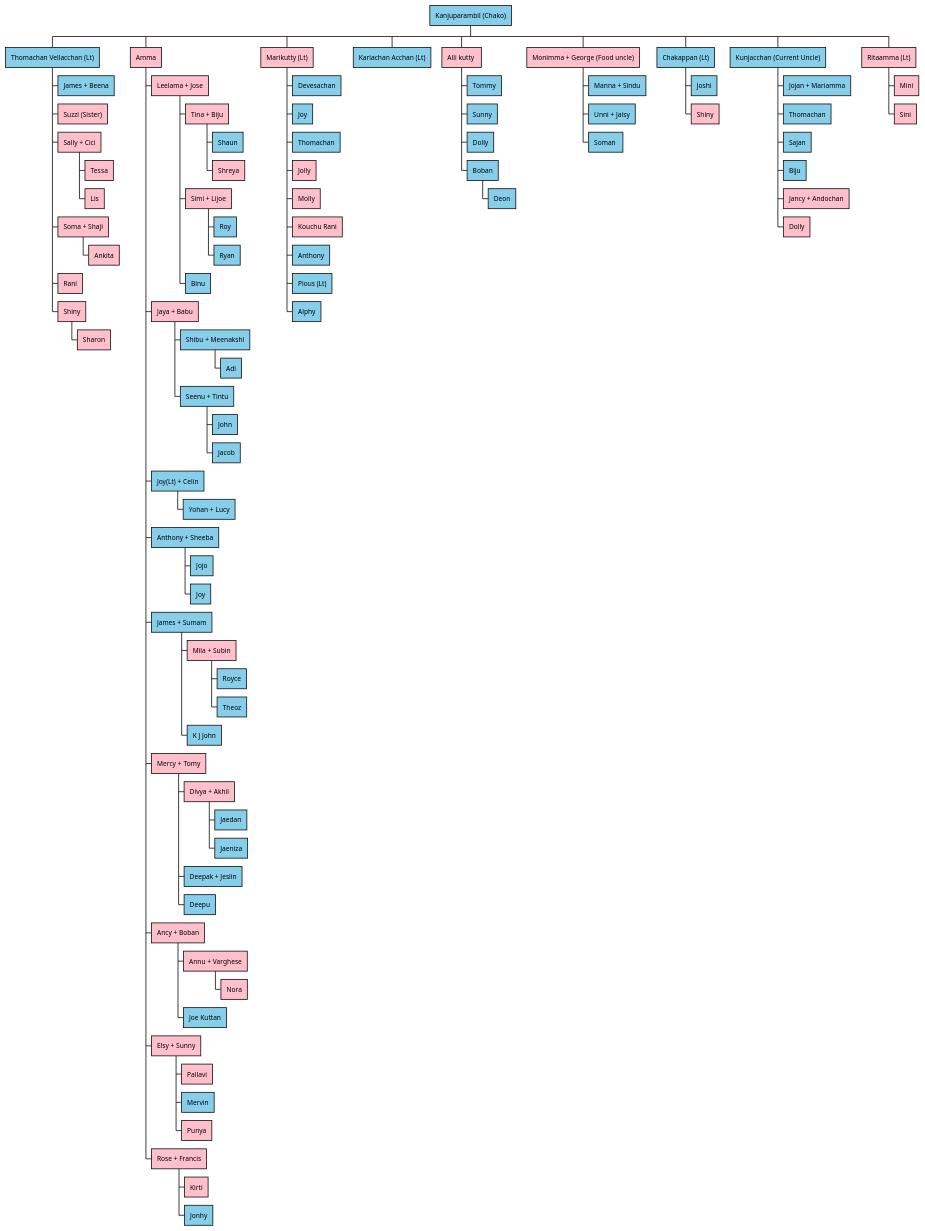
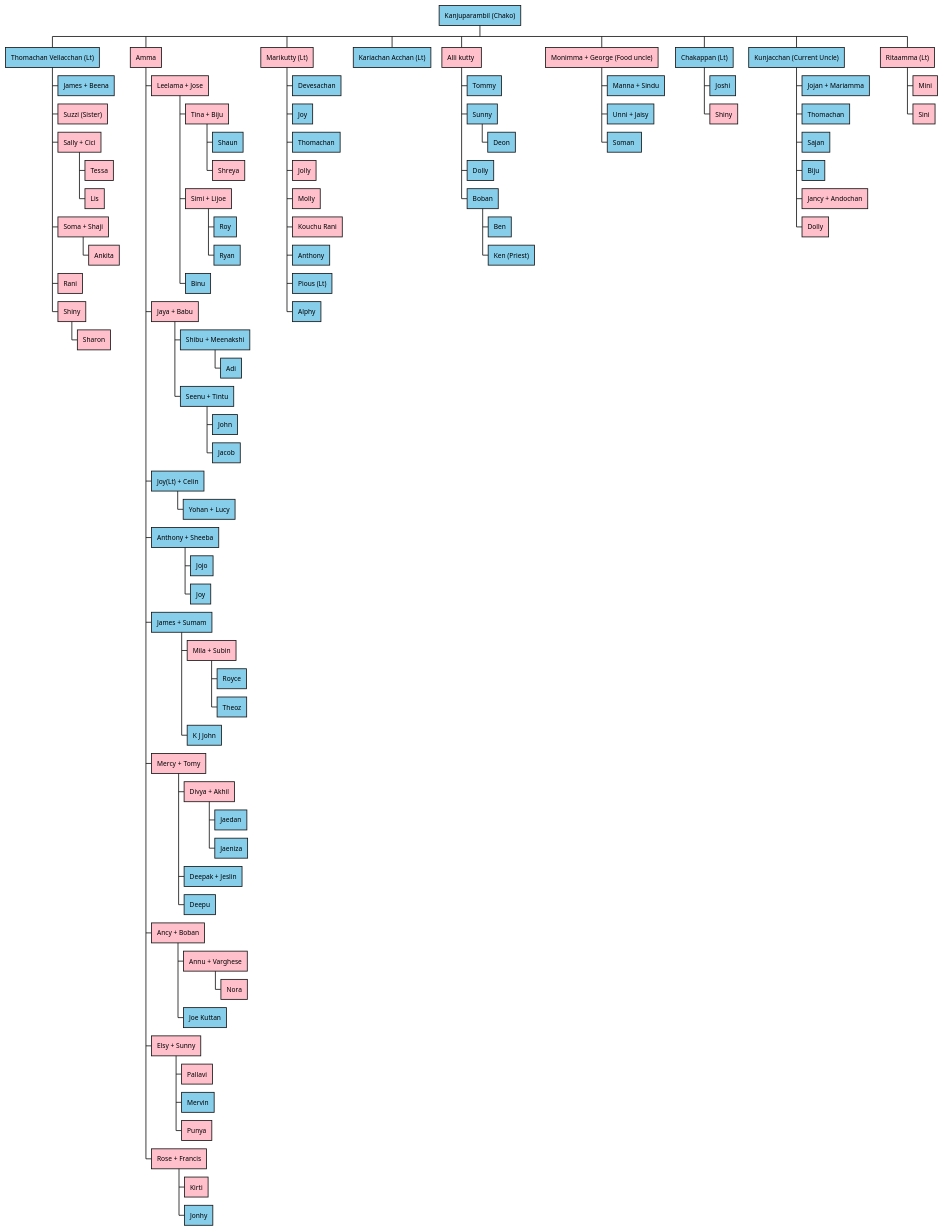
Before and after one commit to SeenuMathew/familyTree: the diagram in Mum_Amma/Mum_Amma/Mum_Amma.puml, drawn with PlantUML. The commit also changed 2 other files, not shown here.

Commit message:
Changed Mum_Amma and added Ben and Ken

```diff
--- a/Mum_Amma/Mum_Amma/Mum_Amma.puml
+++ b/Mum_Amma/Mum_Amma/Mum_Amma.puml
@@ -1,100 +1,102 @@
 @startwbs
 *[#SkyBlue]  Kanjuparambil (Chako)
 **[#SkyBlue]  Thomachan Vellacchan (Lt)
 ***[#SkyBlue]  James + Beena
 ***[#pink] Suzzi (Sister)
 ***[#pink] Sally + Cici
 ****[#pink] Tessa
 ****[#pink] Lis
 ***[#pink] Soma + Shaji
 ****[#pink] Ankita
 ***[#pink] Rani
 ***[#pink] Shiny
 ****[#pink] Sharon
 
 **[#pink] Amma
 ***[#pink] Leelama + Jose
 ****[#pink] Tina + Biju
 *****[#SkyBlue] Shaun
 *****[#pink] Shreya
 ****[#pink] Simi + Lijoe
 *****[#SkyBlue] Roy
 *****[#SkyBlue] Ryan
 ****[#SkyBlue] Binu
 ***[#pink] Jaya + Babu
 ****[#SkyBlue] Shibu + Meenakshi
 *****[#SkyBlue] Adi
 ****[#SkyBlue] Seenu + Tintu
 *****[#SkyBlue] John
 *****[#SkyBlue] Jacob
 ***[#SkyBlue] Joy(Lt) + Celin
 ****[#SkyBlue] Yohan + Lucy
 ***[#SkyBlue] Anthony + Sheeba
 ****[#SkyBlue] Jojo
 ****[#SkyBlue] Joy
 ***[#SkyBlue] James + Sumam
 ****[#pink] Mila + Subin
 *****[#SkyBlue] Royce
 *****[#SkyBlue] Theoz
 ****[#SkyBlue] K J John
 ***[#pink] Mercy + Tomy
 ****[#pink] Divya + Akhil
 *****[#SkyBlue] Jaedan
 *****[#SkyBlue] Jaeniza
 ****[#SkyBlue] Deepak + Jeslin
 ****[#SkyBlue] Deepu
 ***[#pink] Ancy + Boban
 ****[#pink] Annu + Varghese
 *****[#pink] Nora
 ****[#SkyBlue] Joe Kuttan
 ***[#pink] Elsy + Sunny
 ****[#pink] Pallavi
 ****[#SkyBlue] Mervin
 ****[#pink] Punya
 ***[#pink] Rose + Francis
 ****[#pink] Kirti
 ****[#SkyBlue] Jonhy
 
 
 **[#pink] Marikutty (Lt)
 ***[#SkyBlue]  Devesachan
 ***[#SkyBlue] Joy
 ***[#SkyBlue] Thomachan
 ***[#pink] Jolly
 ***[#pink] Molly
 ***[#pink] Kouchu Rani
 ***[#SkyBlue] Anthony
 ***[#SkyBlue] Pious (Lt)
 ***[#SkyBlue] Alphy
 
 **[#SkyBlue]  Kariachan Acchan (Lt)
 
 **[#pink] Alli kutty 
 ***[#SkyBlue]  Tommy
 ***[#SkyBlue]  Sunny
+****[#SkyBlue]  Deon
 ***[#SkyBlue]  Dolly
 ***[#SkyBlue]  Boban
-****[#SkyBlue]  Deon
+****[#SkyBlue]  Ben
+****[#SkyBlue]  Ken (Priest)
 
 **[#pink] Monimma + George (Food uncle)
 ***[#SkyBlue]  Manna + Sindu
 ***[#SkyBlue]  Unni + Jaisy
 ***[#SkyBlue]  Soman 
 
 
 **[#SkyBlue]  Chakappan (Lt)
 ***[#SkyBlue]  Joshi
 ***[#pink] Shiny
 **[#SkyBlue]  Kunjacchan (Current Uncle)
 ***[#SkyBlue]  Jojan + Mariamma
 ***[#SkyBlue]  Thomachan
 ***[#SkyBlue]  Sajan
 ***[#SkyBlue]  Biju
 ***[#pink] Jancy + Andochan
 ***[#pink] Dolly
 
 **[#pink] Ritaamma (Lt)
 ***[#pink] Mini
 ***[#pink] Sini
 
 @endwbs
```
